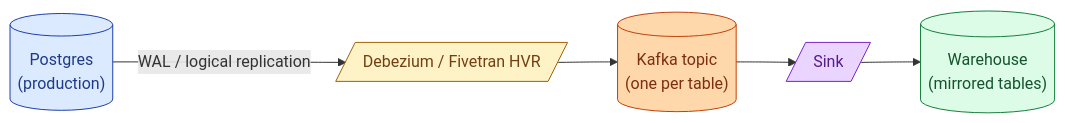
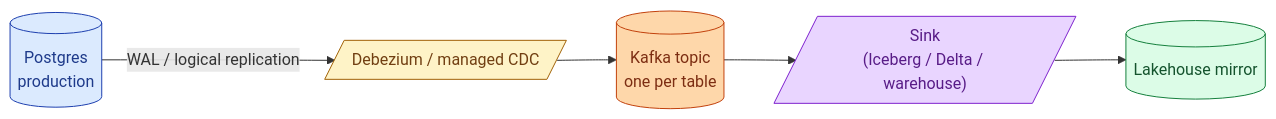
Before and after one commit to shiningflash/shiningflash.github.io: the first of 5 diagrams in _de_concepts/070-cdc-architectures.md, drawn with Mermaid. The commit also changed other lines of this file and 69 other files, not shown here.

````diff
--- a/_de_concepts/070-cdc-architectures.md
+++ b/_de_concepts/070-cdc-architectures.md
@@ -12,14 +12,14 @@
 ```mermaid
 flowchart LR
-    Pg[("Postgres<br/>(production)")]:::p
-    Pg -->|"WAL / logical replication"| Deb[/"Debezium / Fivetran HVR"/]:::d
-    Deb --> K[("Kafka topic<br/>(one per table)")]:::k
-    K --> Sink[/"Sink"/]:::s
-    Sink --> WH[("Warehouse<br/>(mirrored tables)")]:::wh
+    Pg[("Postgres<br/>production")]:::p
+    Pg -->|"WAL / logical replication"| Deb[/"Debezium / managed CDC"/]:::d
+    Deb --> K[("Kafka topic<br/>one per table")]:::k
+    K --> Sink[/"Sink<br/>(Iceberg / Delta / warehouse)"/]:::s
+    Sink --> WH[("Lakehouse mirror")]:::wh
 
     classDef p fill:#dbeafe,stroke:#1e40af,color:#1e3a8a
     classDef d fill:#fef3c7,stroke:#a16207,color:#713f12
     classDef k fill:#fed7aa,stroke:#c2410c,color:#7c2d12
     classDef s fill:#e9d5ff,stroke:#7e22ce,color:#581c87
     classDef wh fill:#dcfce7,stroke:#15803d,color:#14532d
 ```
````
